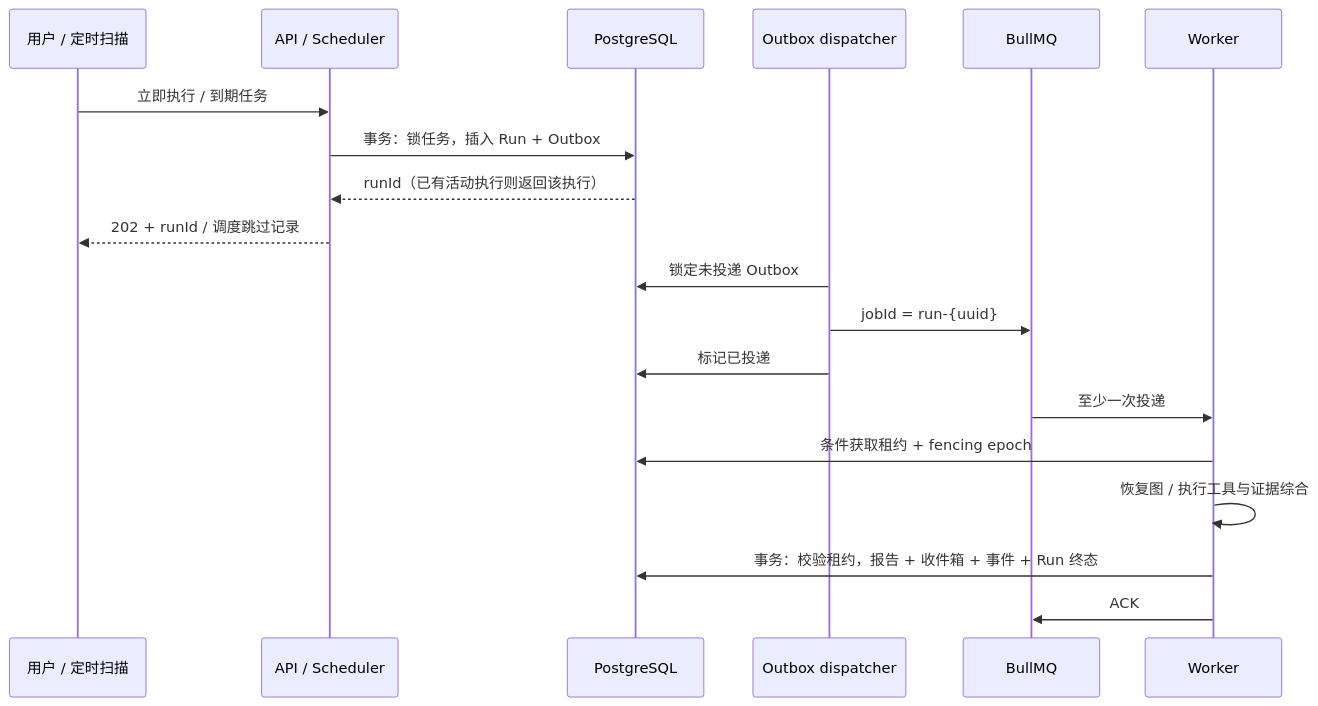
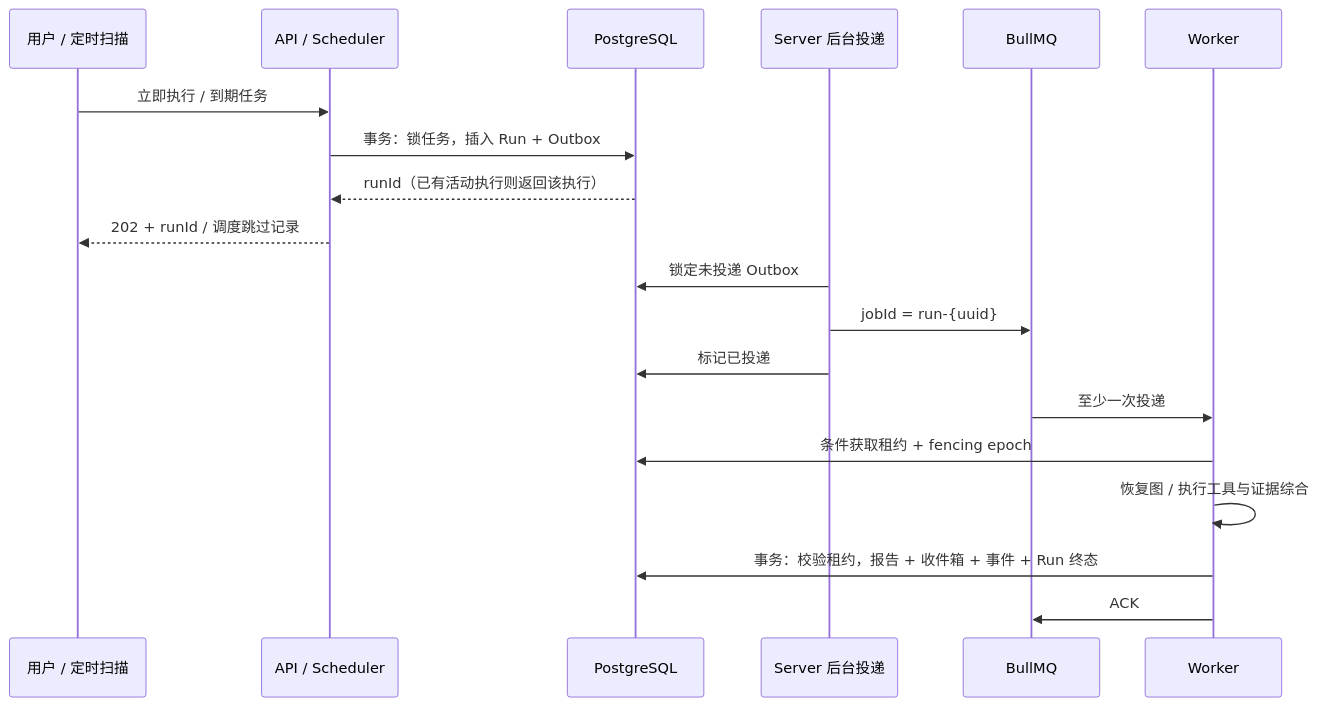
Before and after one commit to abcde1239/scova: the second of 3 diagrams in docs/public/reference/architecture.md, drawn with Mermaid. The commit also changed other lines of this file and 600 other files, not shown here.

````diff
--- a/docs/public/reference/architecture.md
+++ b/docs/public/reference/architecture.md
@@ -78,21 +79,21 @@
 ```mermaid
 sequenceDiagram
   participant UI as 用户 / 定时扫描
   participant API as API / Scheduler
   participant DB as PostgreSQL
-  participant D as Outbox dispatcher
+  participant D as Server 后台投递
   participant Q as BullMQ
   participant W as Worker
   UI->>API: 立即执行 / 到期任务
   API->>DB: 事务：锁任务，插入 Run + Outbox
   DB-->>API: runId（已有活动执行则返回该执行）
   API-->>UI: 202 + runId / 调度跳过记录
   D->>DB: 锁定未投递 Outbox
   D->>Q: jobId = run-{uuid}
   D->>DB: 标记已投递
   Q->>W: 至少一次投递
   W->>DB: 条件获取租约 + fencing epoch
   W->>W: 恢复图 / 执行工具与证据综合
   W->>DB: 事务：校验租约，报告 + 收件箱 + 事件 + Run 终态
   W->>Q: ACK
 ```
````
